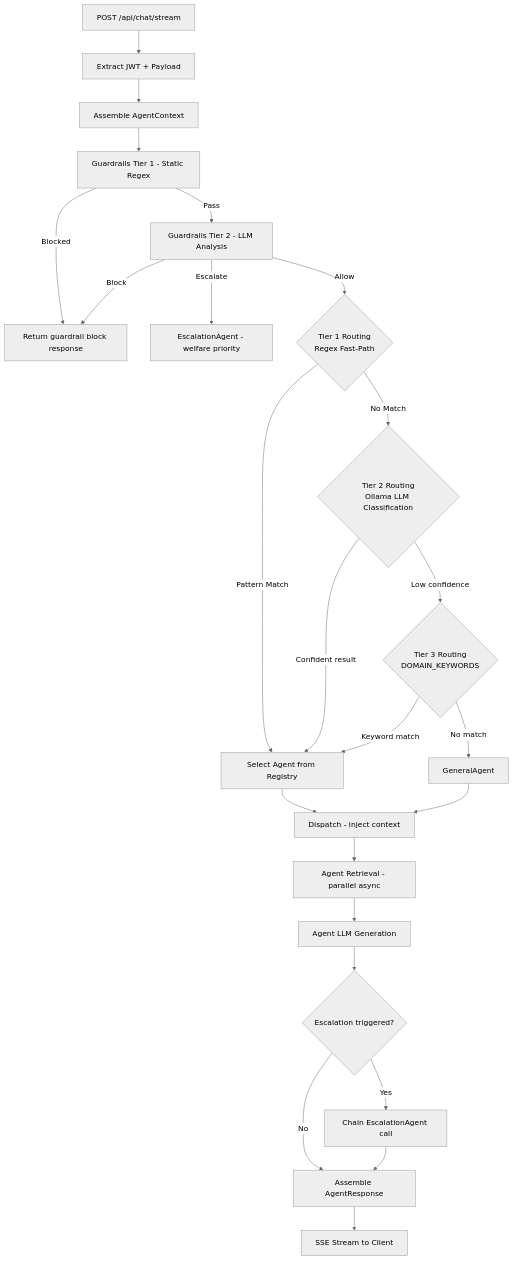
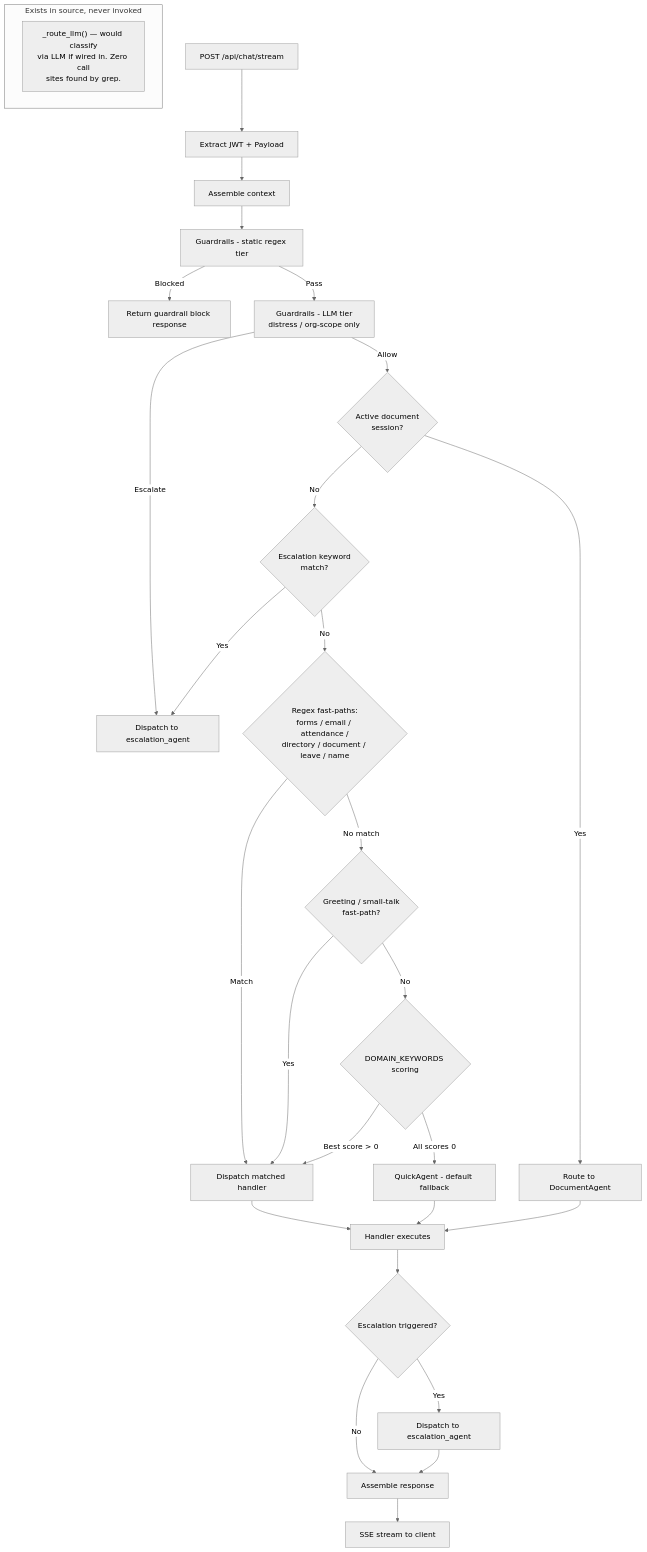
Before and after one commit to pdikondaaa/aa-hackathon: the diagram in knowledge-specs/docs/04-agents/orchestrator-agent.md, drawn with Mermaid (neutral theme). The commit also changed other lines of this file and 71 other files, not shown here.

````diff
--- a/knowledge-specs/docs/04-agents/orchestrator-agent.md
+++ b/knowledge-specs/docs/04-agents/orchestrator-agent.md
@@ -64,26 +67,32 @@
 ```mermaid
 flowchart TD
     A[POST /api/chat/stream] --> B[Extract JWT + Payload]
-    B --> C[Assemble AgentContext]
-    C --> D[Guardrails Tier 1 - Static Regex]
+    B --> C[Assemble context]
+    C --> D[Guardrails - static regex tier]
     D -->|Blocked| E[Return guardrail block response]
-    D -->|Pass| F[Guardrails Tier 2 - LLM Analysis]
-    F -->|Escalate| G[EscalationAgent - welfare priority]
-    F -->|Block| E
-    F -->|Allow| H{Tier 1 Routing\nRegex Fast-Path}
-    H -->|Pattern Match| I[Select Agent from Registry]
-    H -->|No Match| J{Tier 2 Routing\nOllama LLM Classification}
-    J -->|Confident result| I
-    J -->|Low confidence| K{Tier 3 Routing\nDOMAIN_KEYWORDS}
-    K -->|Keyword match| I
-    K -->|No match| L[GeneralAgent]
-    I --> M[Dispatch - inject context]
-    L --> M
-    M --> N[Agent Retrieval - parallel async]
-    N --> O[Agent LLM Generation]
+    D -->|Pass| F[Guardrails - LLM tier\ndistress / org-scope only]
+    F -->|Escalate| G[Dispatch to escalation_agent]
+    F -->|Allow| H{Active document\nsession?}
+    H -->|Yes| DOC[Route to DocumentAgent]
+    H -->|No| I{Escalation keyword\nmatch?}
+    I -->|Yes| G
+    I -->|No| J{Regex fast-paths:\nforms / email / attendance /\ndirectory / document / leave / name}
+    J -->|Match| K[Dispatch matched handler]
+    J -->|No match| L{Greeting / small-talk\nfast-path?}
+    L -->|Yes| K
+    L -->|No| M{DOMAIN_KEYWORDS scoring}
+    M -->|Best score > 0| K
+    M -->|All scores 0| N[QuickAgent - default fallback]
+    K --> O[Handler executes]
+    N --> O
+    DOC --> O
     O --> P{Escalation triggered?}
-    P -->|Yes| Q[Chain EscalationAgent call]
-    P -->|No| R[Assemble AgentResponse]
+    P -->|Yes| Q[Dispatch to escalation_agent]
+    P -->|No| R[Assemble response]
     Q --> R
-    R --> S[SSE Stream to Client]
+    R --> S[SSE stream to client]
+
+    subgraph DeadCode [Exists in source, never invoked]
+        LLMR["_route_llm() — would classify\nvia LLM if wired in. Zero call\nsites found by grep."]
+    end
 ```
````
